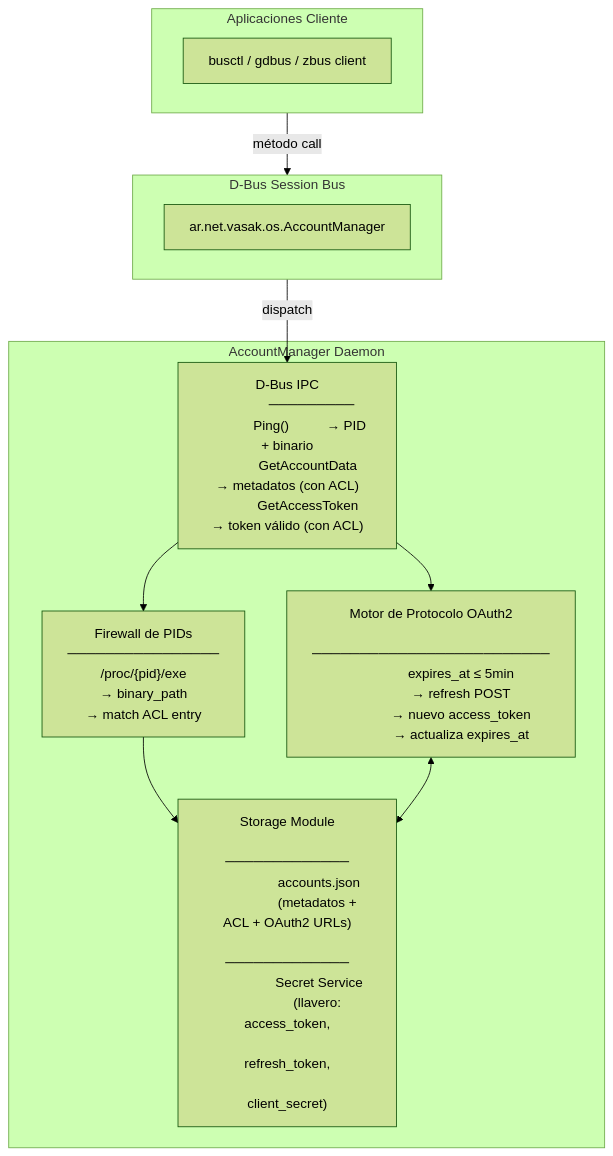
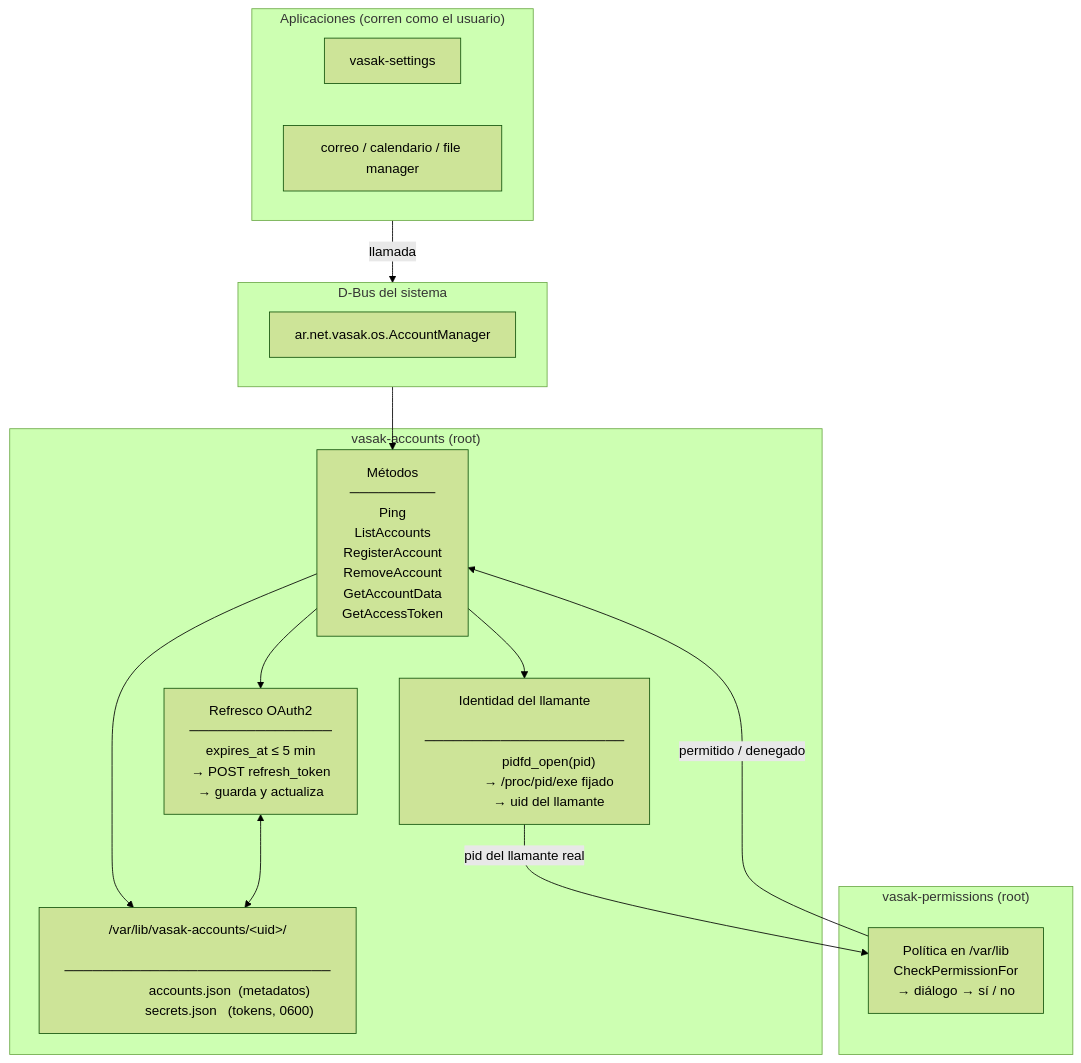
The first of 2 diagrams in README.md (Vasak-OS/vasak-accounts), drawn with Mermaid (forest theme) before and after one commit. The commit also changed other lines of this file and 4 other files, not shown here.

````diff
--- a/README.md
+++ b/README.md
@@ -12,48 +37,54 @@
 ```mermaid
 flowchart TB
-    subgraph Apps["Aplicaciones Cliente"]
-        APP1["busctl / gdbus / zbus client"]
+    subgraph Apps["Aplicaciones (corren como el usuario)"]
+        APP1["vasak-settings"]
+        APP2["correo / calendario / file manager"]
     end
 
-    subgraph DBus["D-Bus Session Bus"]
+    subgraph Bus["D-Bus del sistema"]
         IFACE["ar.net.vasak.os.AccountManager"]
     end
 
-    subgraph Daemon["AccountManager Daemon"]
-        IPC["D-Bus IPC
+    subgraph Daemon["vasak-accounts (root)"]
+        IPC["Métodos
              ─────────
-             Ping()          → PID + binario
-             GetAccountData  → metadatos (con ACL)
-             GetAccessToken  → token válido (con ACL)"]
+             Ping
+             ListAccounts
+             RegisterAccount
+             RemoveAccount
+             GetAccountData
+             GetAccessToken"]
 
-        ACL["Firewall de PIDs
-             ────────────────
-             /proc/{pid}/exe
-             → binary_path
-             → match ACL entry"]
+        PIN["Identidad del llamante
+             ─────────────────────
+             pidfd_open(pid)
+             → /proc/pid/exe fijado
+             → uid del llamante"]
 
-        STORAGE["Storage Module
-                 ─────────────
-                 accounts.json
-                 (metadatos + ACL + OAuth2 URLs)
-                 ─────────────
-                 Secret Service
-                 (llavero: access_token,
-                           refresh_token,
-                           client_secret)"]
+        STORAGE["/var/lib/vasak-accounts/&lt;uid&gt;/
+                 ────────────────────────────
+                 accounts.json  (metadatos)
+                 secrets.json   (tokens, 0600)"]
 
-        OAUTH2["Motor de Protocolo OAuth2
-                ─────────────────────────
-                expires_at ≤ 5min
-                → refresh POST
-                → nuevo access_token
-                → actualiza expires_at"]
+        OAUTH2["Refresco OAuth2
+                ───────────────
+                expires_at ≤ 5 min
+                → POST refresh_token
+                → guarda y actualiza"]
     end
 
-    Apps -->|método call| DBus
-    DBus -->|dispatch| IPC
-    IPC --> ACL
-    ACL --> STORAGE
+    subgraph Perms["vasak-permissions (root)"]
+        POL["Política en /var/lib
+             CheckPermissionFor
+             → diálogo → sí / no"]
+    end
+
+    Apps -->|llamada| Bus
+    Bus --> IPC
+    IPC --> PIN
+    PIN -->|pid del llamante real| POL
+    POL -->|permitido / denegado| IPC
+    IPC --> STORAGE
     IPC --> OAUTH2
     OAUTH2 <--> STORAGE
 ```
````
